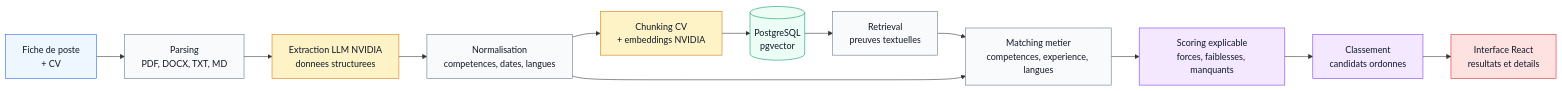
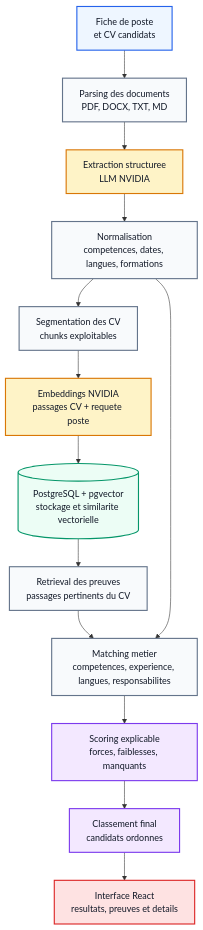
One commit to hamzasennah/SmartRecruit changed the diagram in README.md. Above: the diagram before and after it, drawn with Mermaid.

Commit message:
Make README workflow diagram vertical

````diff
--- a/README.md
+++ b/README.md
@@ -9,26 +9,35 @@
 ```mermaid
-flowchart LR
-    A["Fiche de poste<br/>+ CV"]:::input
-    B["Parsing<br/>PDF, DOCX, TXT, MD"]:::process
-    C["Extraction LLM NVIDIA<br/>donnees structurees"]:::ai
-    D["Normalisation<br/>competences, dates, langues"]:::process
-    E["Chunking CV<br/>+ embeddings NVIDIA"]:::ai
-    F[("PostgreSQL<br/>pgvector")]:::db
-    G["Retrieval<br/>preuves textuelles"]:::process
-    H["Matching metier<br/>competences, experience, langues"]:::process
-    I["Scoring explicable<br/>forces, faiblesses, manquants"]:::score
-    J["Classement<br/>candidats ordonnes"]:::score
-    K["Interface React<br/>resultats et details"]:::output
+flowchart TB
+    A["Fiche de poste<br/>et CV candidats"]:::input
+    B["Parsing des documents<br/>PDF, DOCX, TXT, MD"]:::process
+    C["Extraction structuree<br/>LLM NVIDIA"]:::ai
+    D["Normalisation<br/>competences, dates, langues, formations"]:::process
+    E["Segmentation des CV<br/>chunks exploitables"]:::process
+    F["Embeddings NVIDIA<br/>passages CV + requete poste"]:::ai
+    G[("PostgreSQL + pgvector<br/>stockage et similarite vectorielle")]:::db
+    H["Retrieval des preuves<br/>passages pertinents du CV"]:::process
+    I["Matching metier<br/>competences, experience, langues, responsabilites"]:::process
+    J["Scoring explicable<br/>forces, faiblesses, manquants"]:::score
+    K["Classement final<br/>candidats ordonnes"]:::score
+    L["Interface React<br/>resultats, preuves et details"]:::output
 
-    A --> B --> C --> D
-    D --> E --> F --> G --> H
-    D --> H
-    H --> I --> J --> K
+    A --> B
+    B --> C
+    C --> D
+    D --> E
+    E --> F
+    F --> G
+    G --> H
+    H --> I
+    D --> I
+    I --> J
+    J --> K
+    K --> L
 
-    classDef input fill:#eef6ff,stroke:#2563eb,color:#111827,stroke-width:1px;
-    classDef process fill:#f8fafc,stroke:#64748b,color:#111827,stroke-width:1px;
-    classDef ai fill:#fef3c7,stroke:#d97706,color:#111827,stroke-width:1px;
-    classDef db fill:#ecfdf5,stroke:#059669,color:#111827,stroke-width:1px;
-    classDef score fill:#f3e8ff,stroke:#7c3aed,color:#111827,stroke-width:1px;
-    classDef output fill:#fee2e2,stroke:#dc2626,color:#111827,stroke-width:1px;
+    classDef input fill:#eef6ff,stroke:#2563eb,color:#111827,stroke-width:2px;
+    classDef process fill:#f8fafc,stroke:#64748b,color:#111827,stroke-width:2px;
+    classDef ai fill:#fef3c7,stroke:#d97706,color:#111827,stroke-width:2px;
+    classDef db fill:#ecfdf5,stroke:#059669,color:#111827,stroke-width:2px;
+    classDef score fill:#f3e8ff,stroke:#7c3aed,color:#111827,stroke-width:2px;
+    classDef output fill:#fee2e2,stroke:#dc2626,color:#111827,stroke-width:2px;
 ```
````
